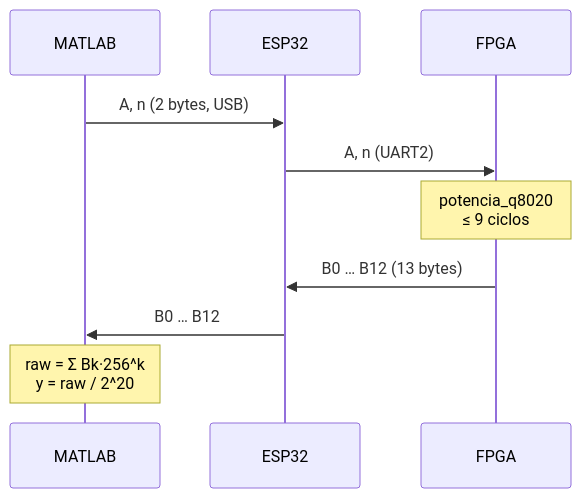
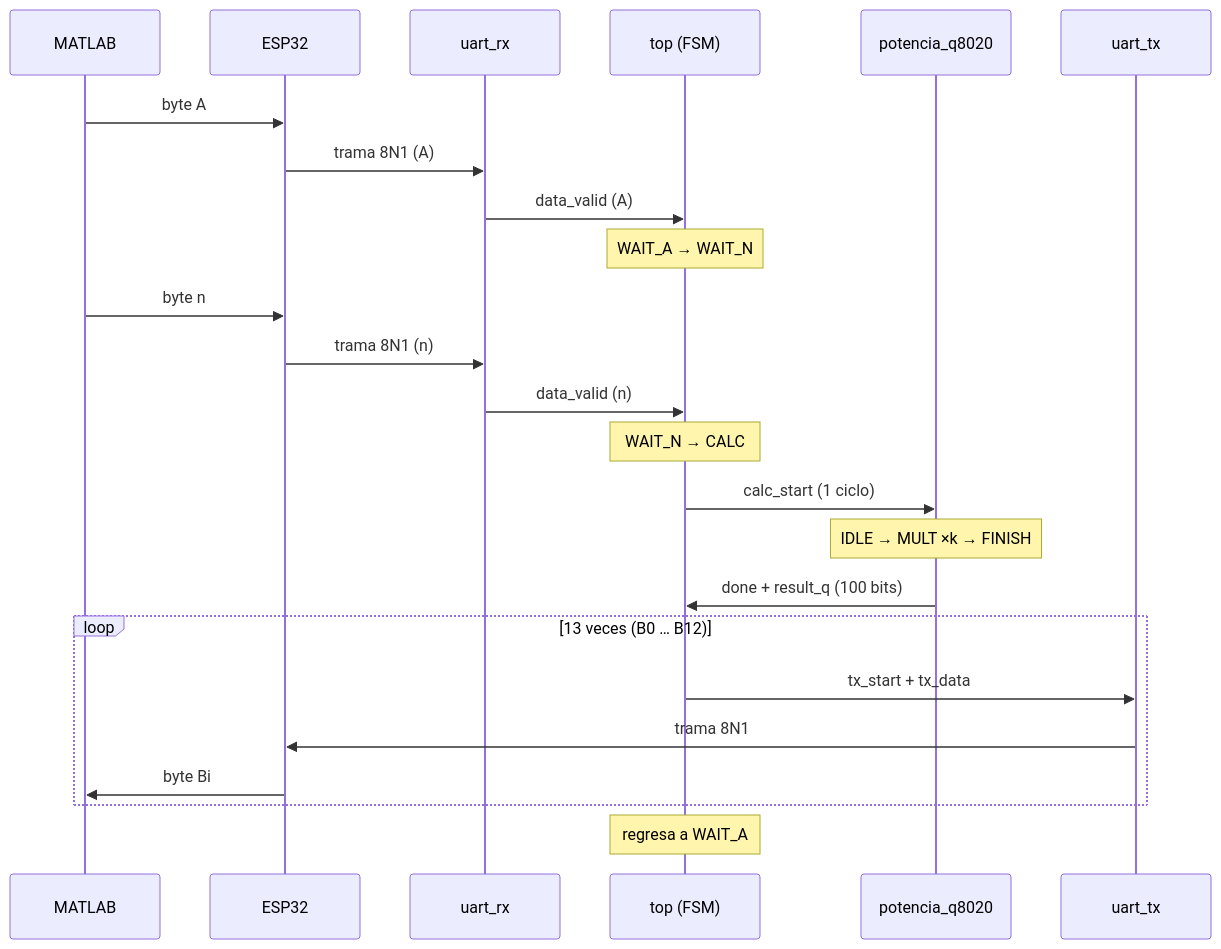
The second of 8 diagrams in README.md (JosManuel180843/Practica4_SistemasEmbebidos), drawn with Mermaid before and after one commit. The commit also changed other lines of this file, not shown here.

````diff
--- a/README.md
+++ b/README.md
@@ -74,12 +357,27 @@
 ```mermaid
 sequenceDiagram
     participant M as MATLAB
     participant E as ESP32
-    participant F as FPGA
-    M->>E: A, n (2 bytes, USB)
-    E->>F: A, n (UART2)
-    Note over F: potencia_q8020<br/>≤ 9 ciclos
-    F->>E: B0 … B12 (13 bytes)
-    E->>M: B0 … B12
-    Note over M: raw = Σ Bk·256^k<br/>y = raw / 2^20
+    participant RX as uart_rx
+    participant C as top (FSM)
+    participant P as potencia_q8020
+    participant TX as uart_tx
+
+    M->>E: byte A
+    E->>RX: trama 8N1 (A)
+    RX->>C: data_valid (A)
+    Note over C: WAIT_A → WAIT_N
+    M->>E: byte n
+    E->>RX: trama 8N1 (n)
+    RX->>C: data_valid (n)
+    Note over C: WAIT_N → CALC
+    C->>P: calc_start (1 ciclo)
+    Note over P: IDLE → MULT ×k → FINISH
+    P->>C: done + result_q (100 bits)
+    loop 13 veces (B0 … B12)
+        C->>TX: tx_start + tx_data
+        TX->>E: trama 8N1
+        E->>M: byte Bi
+    end
+    Note over C: regresa a WAIT_A
 ```
````
